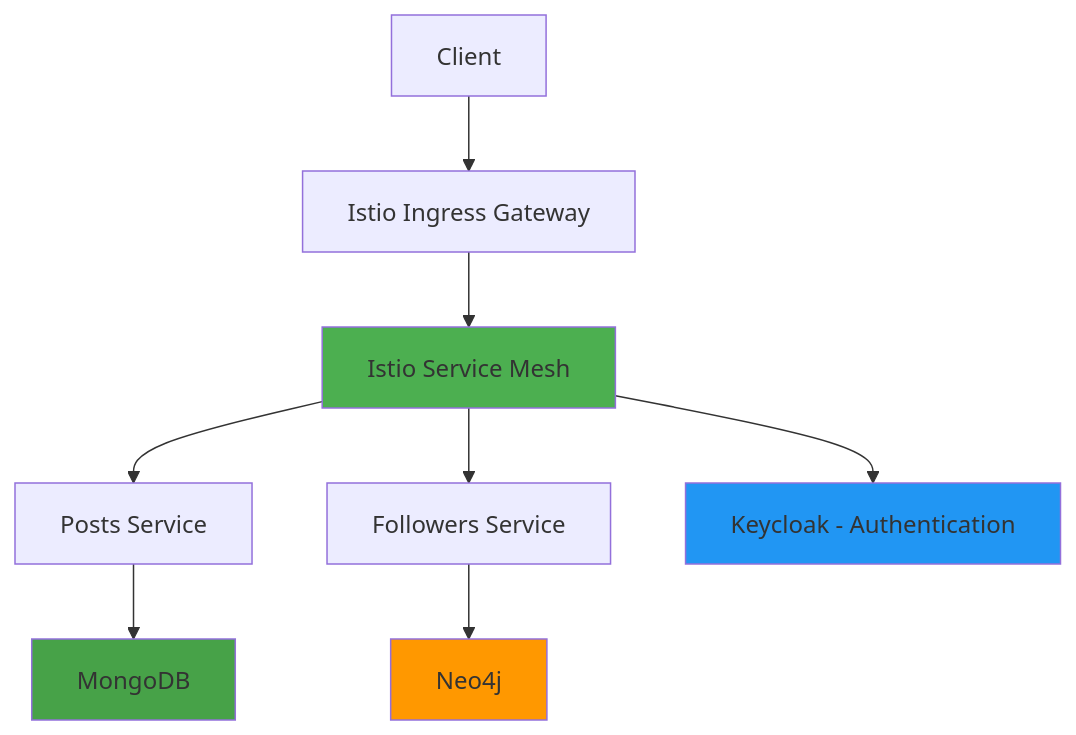
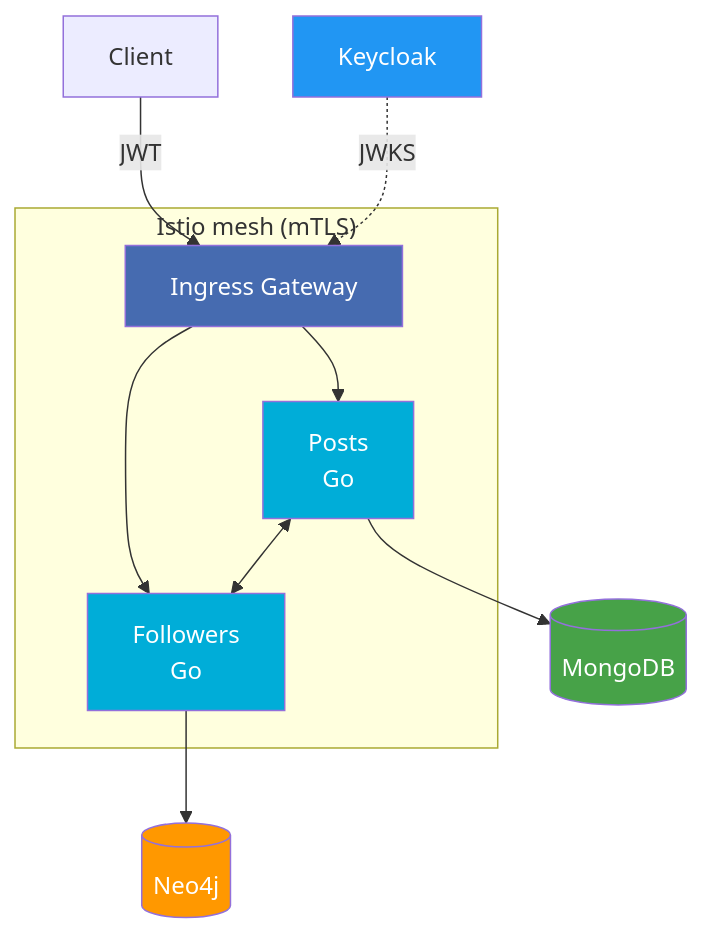
One commit to rayen-dhmaied/portfolio changed the diagram in content/projects/side-projects/horizon-social-network.md. Above: the diagram before and after it, drawn with Mermaid. The commit also changed other lines of this file and 10 other files, not shown here.

Commit message:
chore: rework diagrams, add new project and update content

````diff
--- a/content/projects/side-projects/horizon-social-network.md
+++ b/content/projects/side-projects/horizon-social-network.md
@@ -38,16 +37,21 @@
 ```mermaid
 graph TD
-    A[Client] --> B[Istio Ingress Gateway]
-    B --> C[Istio Service Mesh]
-    C --> D[Posts Service]
-    C --> E[Followers Service]
+    C[Client] -->|JWT| IG
+    KC[Keycloak] -.->|JWKS| IG
 
-    C --> F[Keycloak - Authentication]
-    D --> G[MongoDB]
-    E --> H[Neo4j]
+    subgraph MESH ["Istio mesh (mTLS)"]
+        IG[Ingress Gateway] --> PS[Posts<br/>Go]
+        IG --> FS[Followers<br/>Go]
+        PS <--> FS
+    end
 
-    style C fill:#4CAF50
-    style F fill:#2196F3
-    style G fill:#47A248
-    style H fill:#FF9800
+    PS --> M[(MongoDB)]
+    FS --> N[(Neo4j)]
+
+    style IG fill:#466BB0,color:#fff
+    style PS fill:#00ADD8,color:#fff
+    style FS fill:#00ADD8,color:#fff
+    style M fill:#47A248,color:#fff
+    style N fill:#FF9800,color:#fff
+    style KC fill:#2196F3,color:#fff
 ```
````
